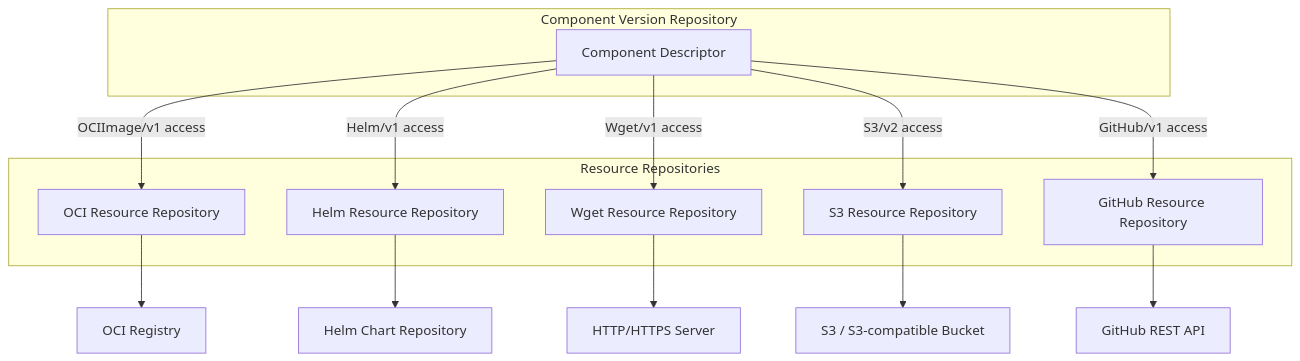
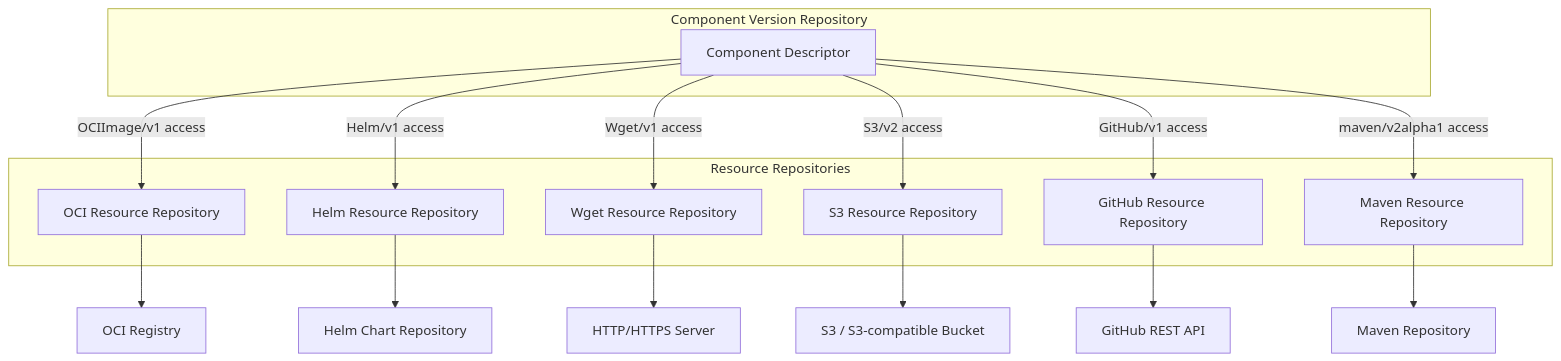
The diagram in website/content/docs/concepts/resource-repositories.md (open-component-model/open-component-model), drawn with Mermaid before and after one commit. The commit also changed 13 other files, not shown here.

First line of the commit message:
feat(maven): wire the Maven access type into the OCM CLI

````diff
--- a/website/content/docs/concepts/resource-repositories.md
+++ b/website/content/docs/concepts/resource-repositories.md
@@ -31,25 +31,28 @@
 ```mermaid
 flowchart TB
     subgraph cv ["Component Version Repository"]
         CD["Component Descriptor"]
     end
 
     subgraph resources ["Resource Repositories"]
         OCI["OCI Resource Repository"]
         Helm["Helm Resource Repository"]
         Wget["Wget Resource Repository"]
         S3["S3 Resource Repository"]
         GitHub["GitHub Resource Repository"]
+        Maven["Maven Resource Repository"]
     end
 
     CD -->|"OCIImage/v1 access"| OCI
     CD -->|"Helm/v1 access"| Helm
     CD -->|"Wget/v1 access"| Wget
     CD -->|"S3/v2 access"| S3
     CD -->|"GitHub/v1 access"| GitHub
+    CD -->|"maven/v2alpha1 access"| Maven
     OCI --> Registry["OCI Registry"]
     Helm --> HelmRepo["Helm Chart Repository"]
     Wget --> HTTP["HTTP/HTTPS Server"]
     S3 --> Bucket["S3 / S3-compatible Bucket"]
     GitHub --> GitHubAPI["GitHub REST API"]
+    Maven --> MavenRepo["Maven Repository"]
 ```
````
